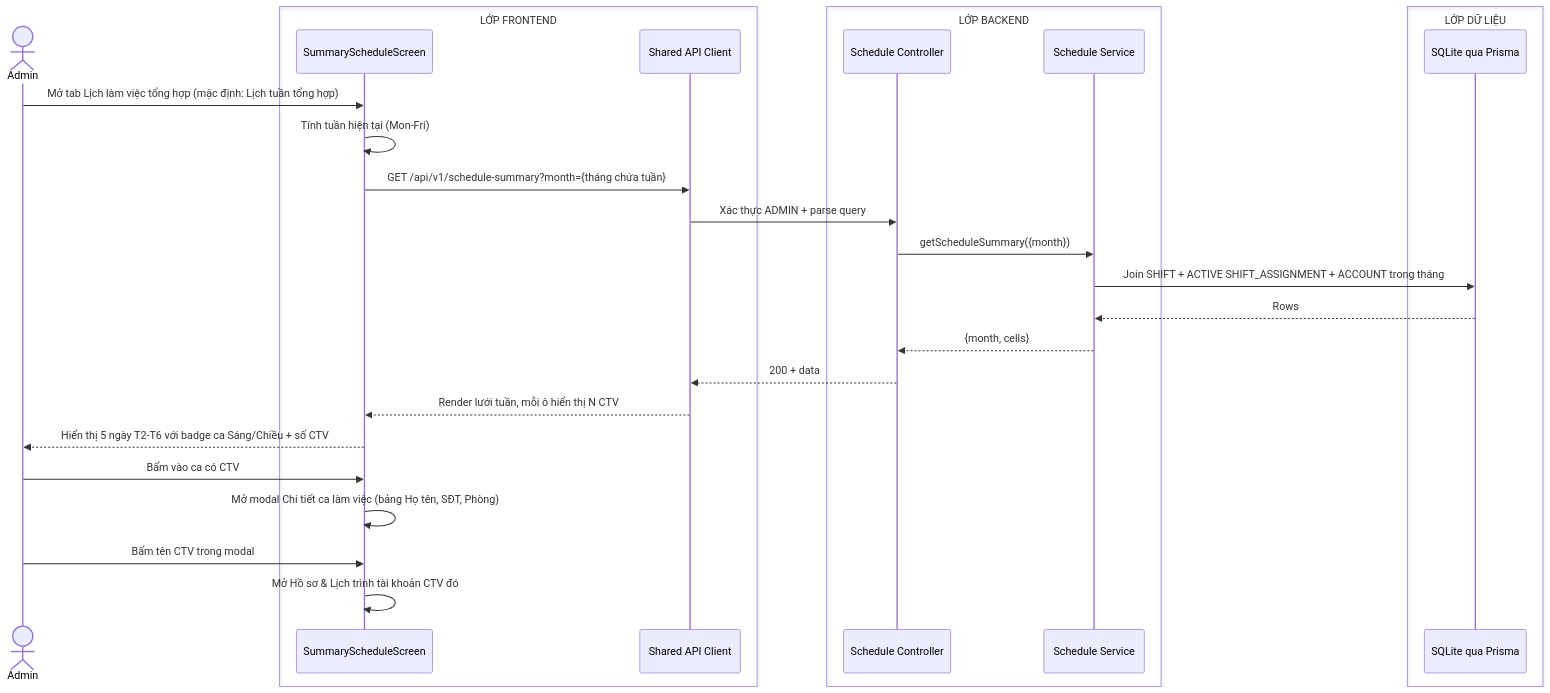
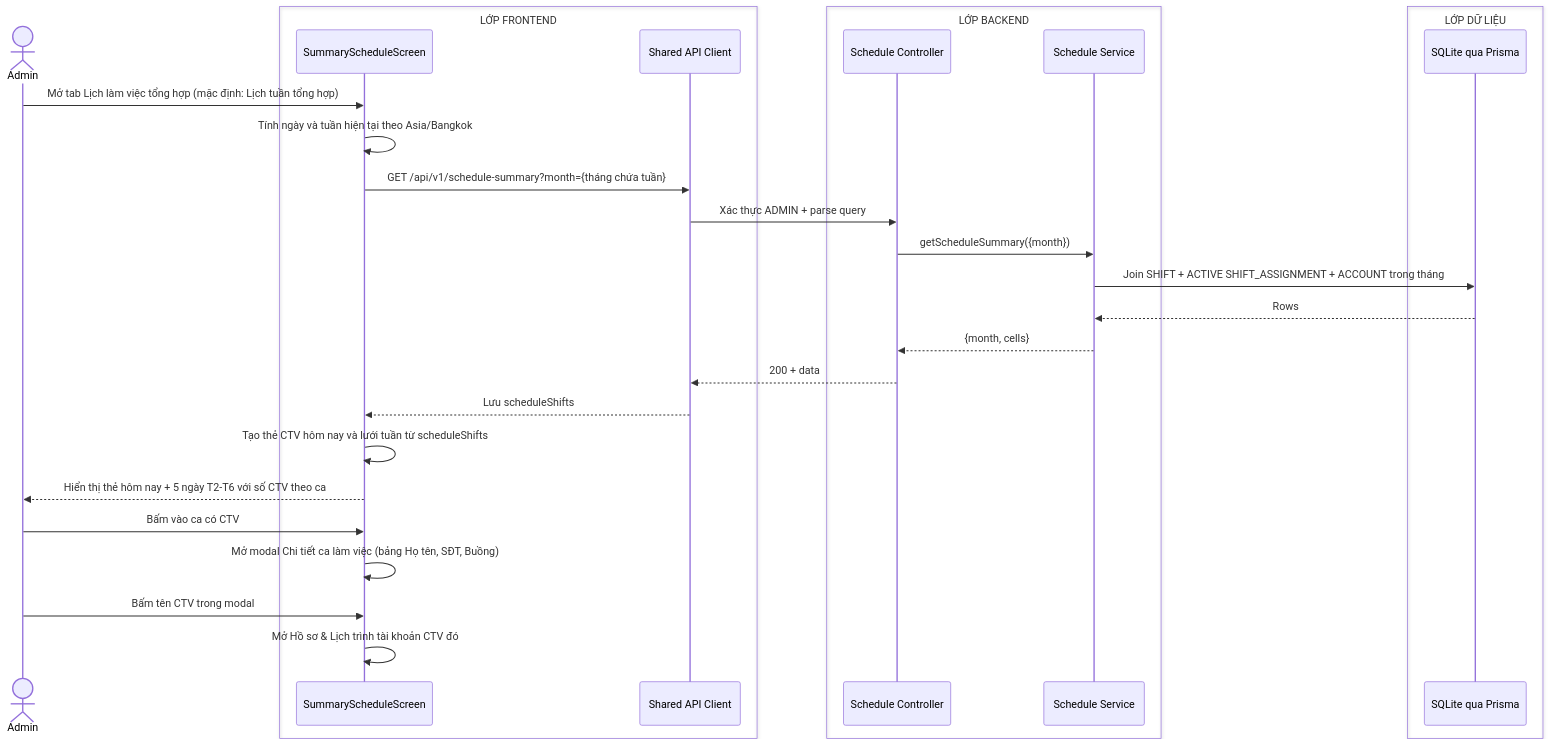
Before and after one commit to MINHDZVODICH/ctv-manage: the first of 3 diagrams in docs/sequence-diagrams/07-xem-lich-lam-viec-tong-hop.md, drawn with Mermaid. The commit also changed other lines of this file and 43 other files, not shown here.

````diff
--- a/docs/sequence-diagrams/07-xem-lich-lam-viec-tong-hop.md
+++ b/docs/sequence-diagrams/07-xem-lich-lam-viec-tong-hop.md
@@ -15,32 +15,33 @@
 ```mermaid
 sequenceDiagram
     actor A as Admin
     box LỚP FRONTEND
         participant UI as SummaryScheduleScreen
         participant API as Shared API Client
     end
     box LỚP BACKEND
         participant C as Schedule Controller
         participant S as Schedule Service
     end
     box LỚP DỮ LIỆU
         participant DB as SQLite qua Prisma
     end
 
     A->>UI: Mở tab Lịch làm việc tổng hợp (mặc định: Lịch tuần tổng hợp)
-    UI->>UI: Tính tuần hiện tại (Mon-Fri)
+    UI->>UI: Tính ngày và tuần hiện tại theo Asia/Bangkok
     UI->>API: GET /api/v1/schedule-summary?month={tháng chứa tuần}
     API->>C: Xác thực ADMIN + parse query
     C->>S: getScheduleSummary({month})
     S->>DB: Join SHIFT + ACTIVE SHIFT_ASSIGNMENT + ACCOUNT trong tháng
     DB-->>S: Rows
     S-->>C: {month, cells}
     C-->>API: 200 + data
-    API-->>UI: Render lưới tuần, mỗi ô hiển thị N CTV
-    UI-->>A: Hiển thị 5 ngày T2-T6 với badge ca Sáng/Chiều + số CTV
+    API-->>UI: Lưu scheduleShifts
+    UI->>UI: Tạo thẻ CTV hôm nay và lưới tuần từ scheduleShifts
+    UI-->>A: Hiển thị thẻ hôm nay + 5 ngày T2-T6 với số CTV theo ca
 
     A->>UI: Bấm vào ca có CTV
-    UI->>UI: Mở modal Chi tiết ca làm việc (bảng Họ tên, SĐT, Phòng)
+    UI->>UI: Mở modal Chi tiết ca làm việc (bảng Họ tên, SĐT, Buồng)
     A->>UI: Bấm tên CTV trong modal
     UI->>UI: Mở Hồ sơ & Lịch trình tài khoản CTV đó
 ```
````
